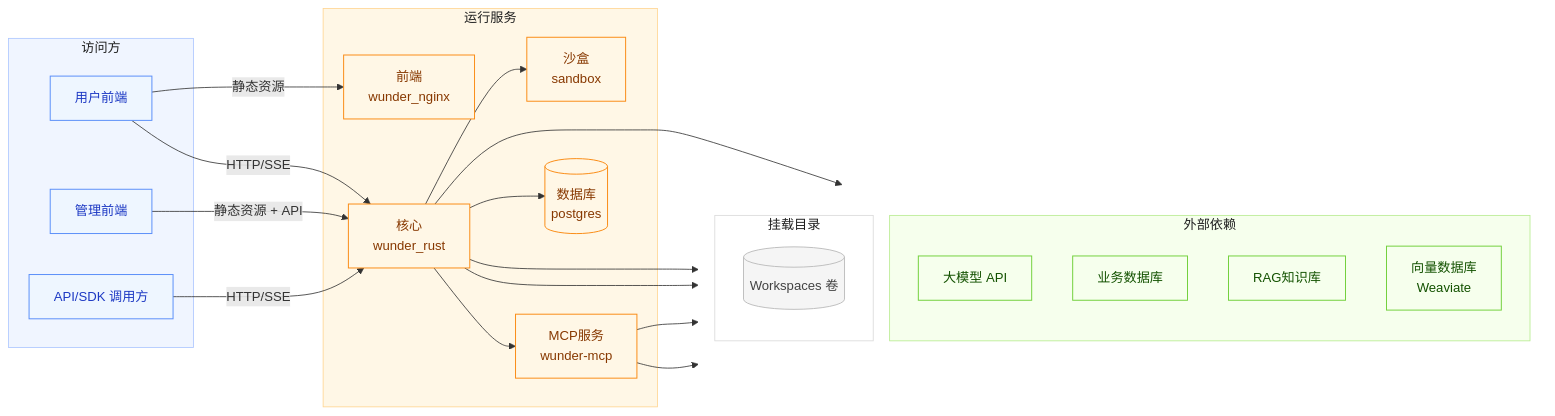
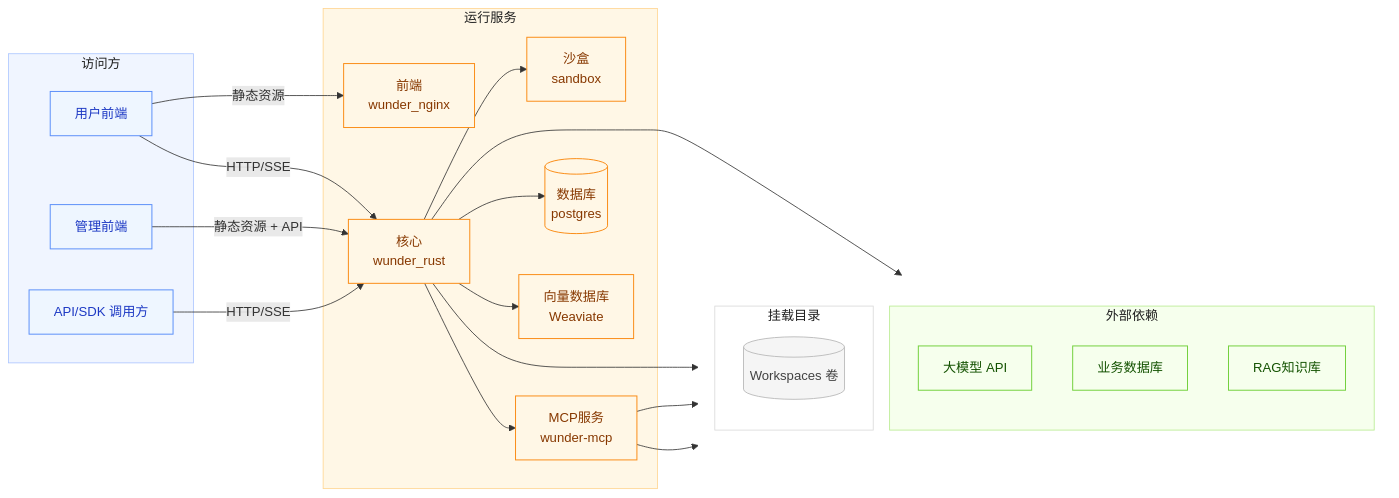
Before and after one commit to ylsdamxssjxxdd/wunder: the first of 4 diagrams in docs/架构设计.md, drawn with Mermaid. The commit also changed other lines of this file and 30 other files, not shown here.

````diff
--- a/docs/架构设计.md
+++ b/docs/架构设计.md
@@ -14,60 +21,60 @@
 ```mermaid
 flowchart LR
   subgraph Clients["访问方"]
     UserUI["用户前端"]
     AdminUI["管理前端"]
     ApiClient["API/SDK 调用方"]
   end
 
   subgraph Runtime["运行服务"]
     Nginx["前端<br/>wunder_nginx"]
     RustAPI["核心<br/>wunder_rust"]
     Sandbox["沙盒<br/>sandbox"]
     MCP["MCP服务<br/>wunder-mcp"]
     PG[(数据库<br/>postgres)]
+    VectorDB["向量数据库<br/>Weaviate"]
   end
 
   subgraph RightSide[" "]
     direction TB
     subgraph External["外部依赖"]
       LLM["大模型 API"]
       ExtDB["业务数据库"]
       KB["RAG知识库"]
-      VectorDB["向量数据库<br/>Weaviate"]
     end
     subgraph Mounts["挂载目录"]
       WS[(Workspaces 卷)]
     end
   end
 
   UserUI -->|静态资源| Nginx
   UserUI -->|HTTP/SSE| RustAPI
   AdminUI -->|静态资源 + API| RustAPI
   ApiClient -->|HTTP/SSE| RustAPI
 
   RustAPI --> PG
   RustAPI --> WS
   RustAPI --> LLM
   RustAPI --> VectorDB
   RustAPI --> Sandbox
   RustAPI --> MCP
 
   MCP --> ExtDB
   MCP --> KB
 
   classDef client fill:#eef6ff,stroke:#5b8ff9,stroke-width:1.2px,color:#1d39c4;
   classDef runtime fill:#fff7e6,stroke:#fa8c16,stroke-width:1.2px,color:#873800;
   classDef external fill:#f6ffed,stroke:#73d13d,stroke-width:1.2px,color:#135200;
   classDef volume fill:#f5f5f5,stroke:#bfbfbf,stroke-width:1.2px,color:#434343;
 
   class UserUI,AdminUI,ApiClient client;
-  class Nginx,RustAPI,Sandbox,MCP,PG runtime;
-  class LLM,ExtDB,KB,VectorDB external;
+  class Nginx,RustAPI,Sandbox,MCP,PG,VectorDB runtime;
+  class LLM,ExtDB,KB external;
   class WS volume;
 
   style Clients fill:#f0f5ff,stroke:#adc6ff,stroke-width:1px,color:#1f1f1f;
   style Runtime fill:#fff7e6,stroke:#ffd591,stroke-width:1px,color:#1f1f1f;
   style External fill:#f6ffed,stroke:#b7eb8f,stroke-width:1px,color:#1f1f1f;
   style Mounts fill:#ffffff,stroke:#d9d9d9,stroke-width:1px,color:#1f1f1f;
   style RightSide fill:transparent,stroke:transparent,color:transparent;
 ```
````
